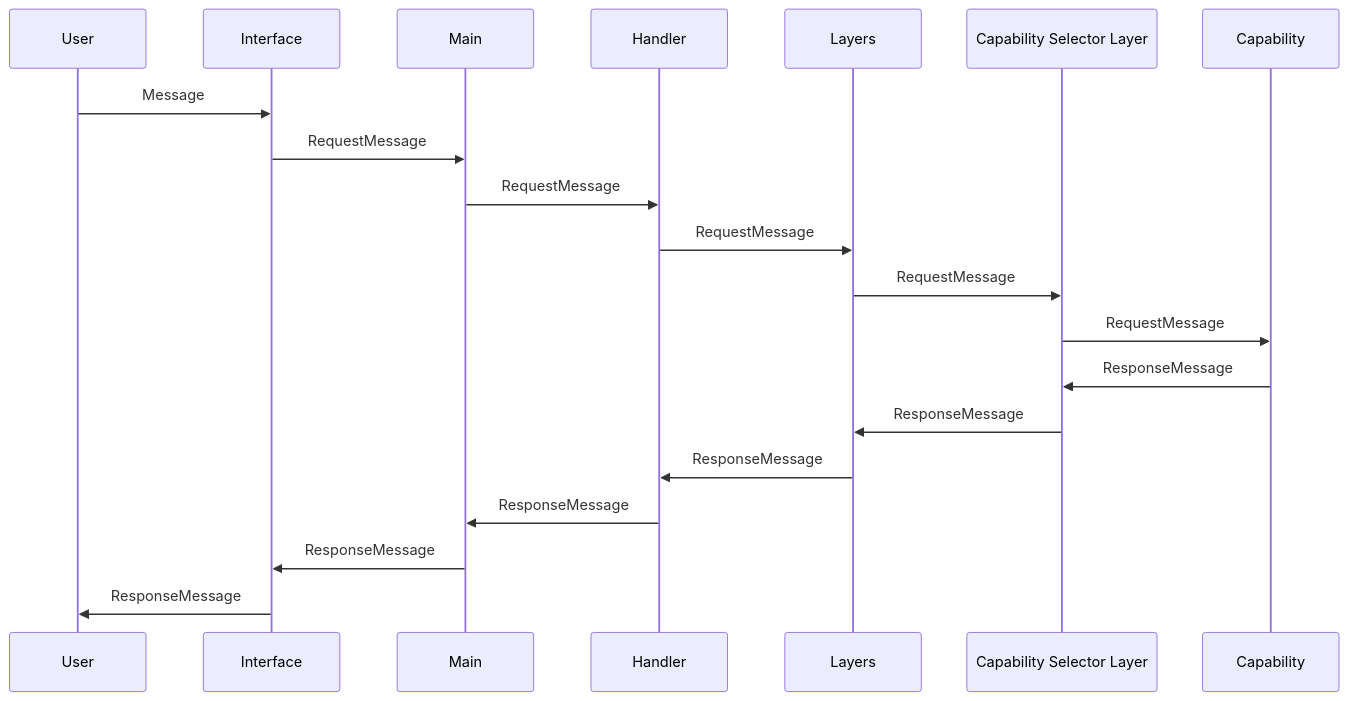
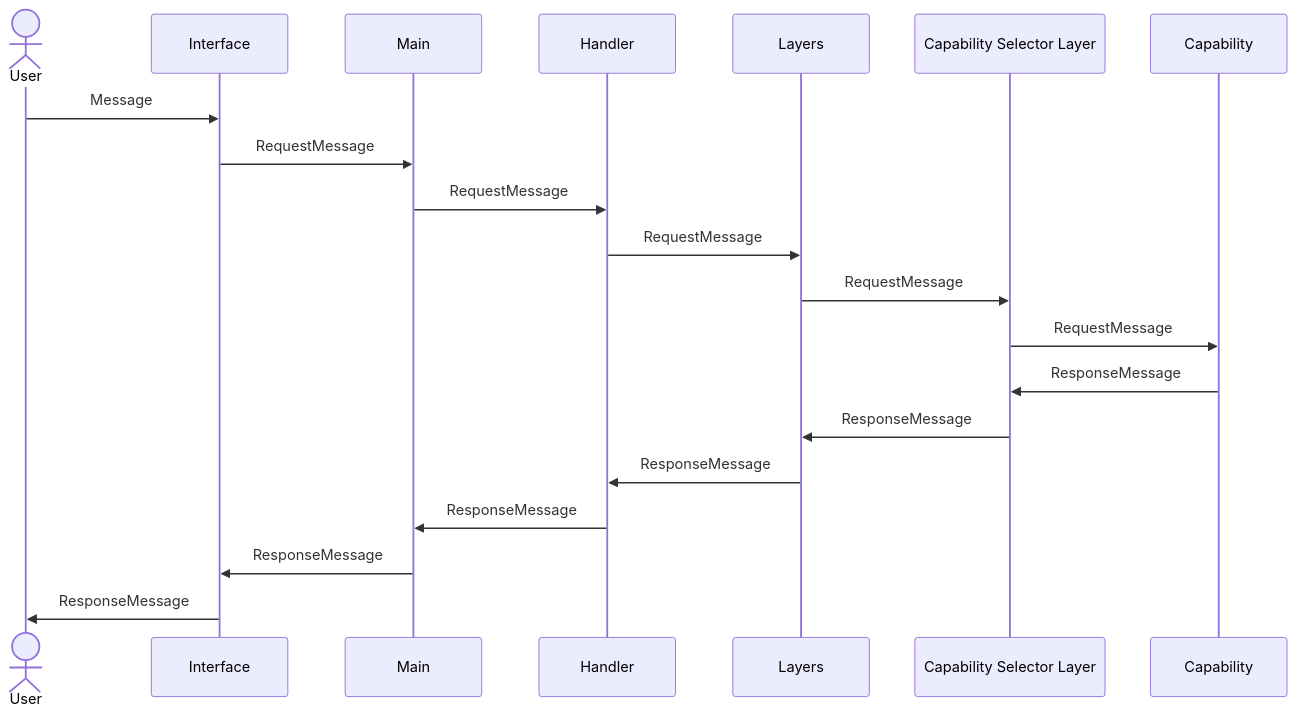
Before and after one commit to divanvisagie/Layer-Capability-Pattern: the first of 2 diagrams in README.md, drawn with Mermaid.

Commit message:
Change user to an actor

````diff
--- a/README.md
+++ b/README.md
@@ -12,23 +12,23 @@
 ```mermaid
 sequenceDiagram
-    participant U as User
+    actor U as User
     participant I as Interface
     participant M as Main
     participant H as Handler
     participant L as Layers
     participant CSL as Capability Selector Layer
     participant C as Capability
 
     U ->> I: Message
     I ->> M: RequestMessage
     M ->> H: RequestMessage
     H ->> L: RequestMessage
     L ->> CSL: RequestMessage
     CSL ->> C: RequestMessage
     C ->> CSL: ResponseMessage
     CSL ->> L: ResponseMessage
     L ->> H: ResponseMessage
     H ->> M: ResponseMessage
     M ->> I: ResponseMessage
     I ->> U: ResponseMessage
 ```
````
